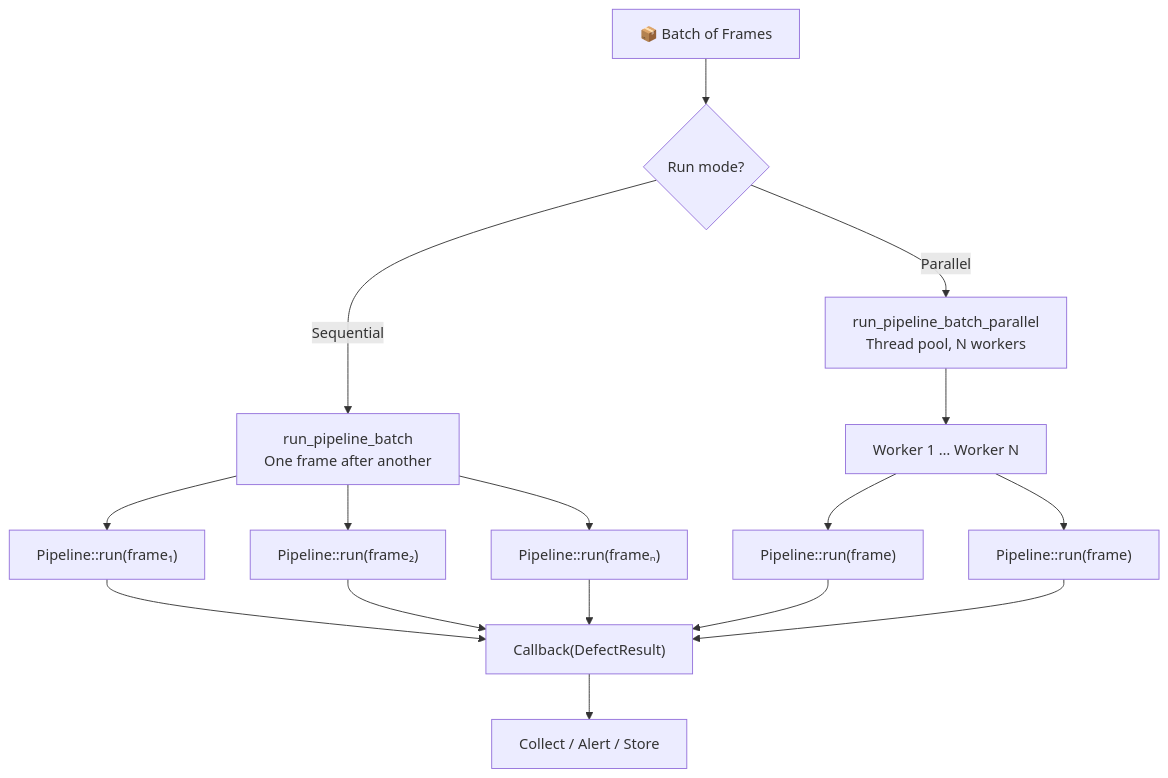
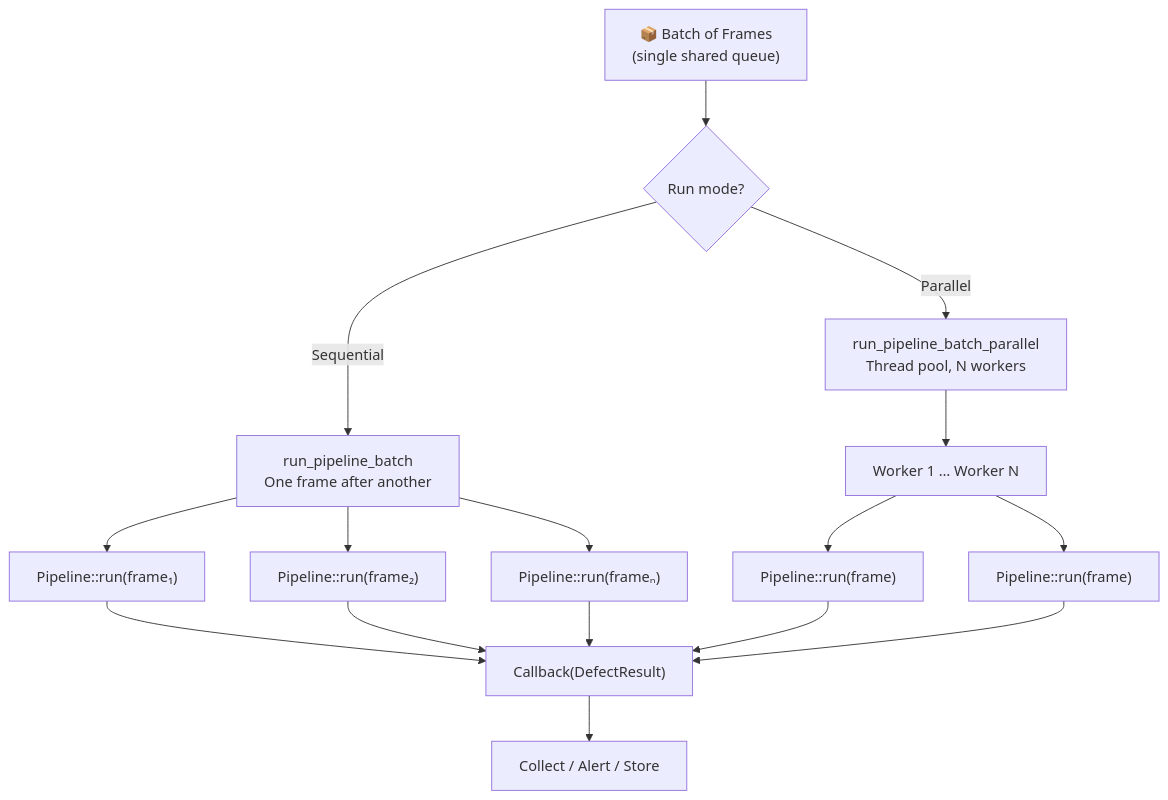
The diagram in docs/flowchart_images/batch_parallel.mmd (kanhaiya-gupta/defect-detection), drawn with Mermaid before and after one commit. The commit also changed 20 other files, not shown here.

```diff
--- a/docs/flowchart_images/batch_parallel.mmd
+++ b/docs/flowchart_images/batch_parallel.mmd
@@ -1,22 +1,23 @@
+%% Frame-level: one shared pipeline, one queue of frames. See also customer_camera_parallel.mmd for per-camera deployment.
 flowchart TD
-    Frames["📦 Batch of Frames"]
+    Frames["📦 Batch of Frames<br/>(single shared queue)"]
     Frames --> Choice{"Run mode?"}
 
     Choice -->|Sequential| Seq["run_pipeline_batch<br/>One frame after another"]
     Choice -->|Parallel| Par["run_pipeline_batch_parallel<br/>Thread pool, N workers"]
 
     Seq --> Run1["Pipeline::run(frame₁)"]
     Seq --> Run2["Pipeline::run(frame₂)"]
     Seq --> RunN["Pipeline::run(frameₙ)"]
 
     Par --> Pool["Worker 1 … Worker N"]
     Pool --> RunP1["Pipeline::run(frame)"]
     Pool --> RunP2["Pipeline::run(frame)"]
 
     Run1 --> CB["Callback(DefectResult)"]
     Run2 --> CB
     RunN --> CB
     RunP1 --> CB
     RunP2 --> CB
 
     CB --> Out["Collect / Alert / Store"]
```
